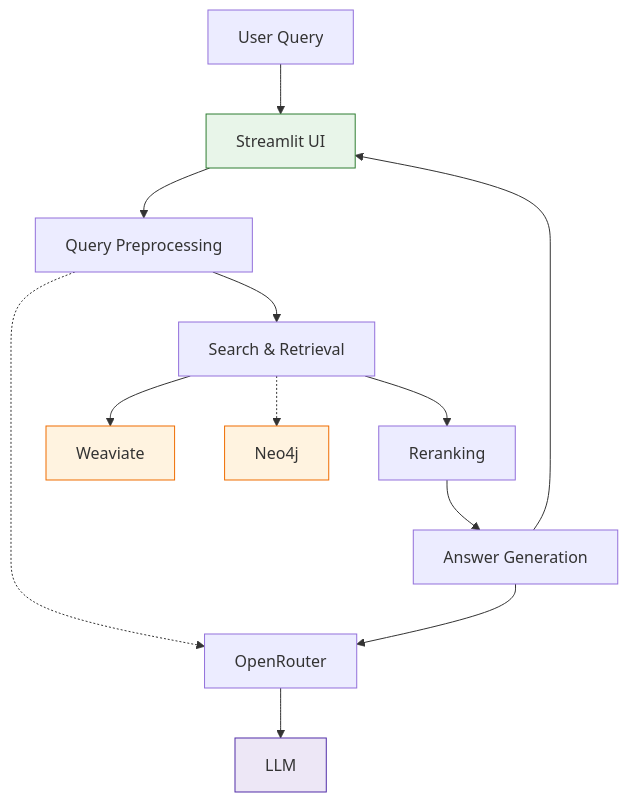
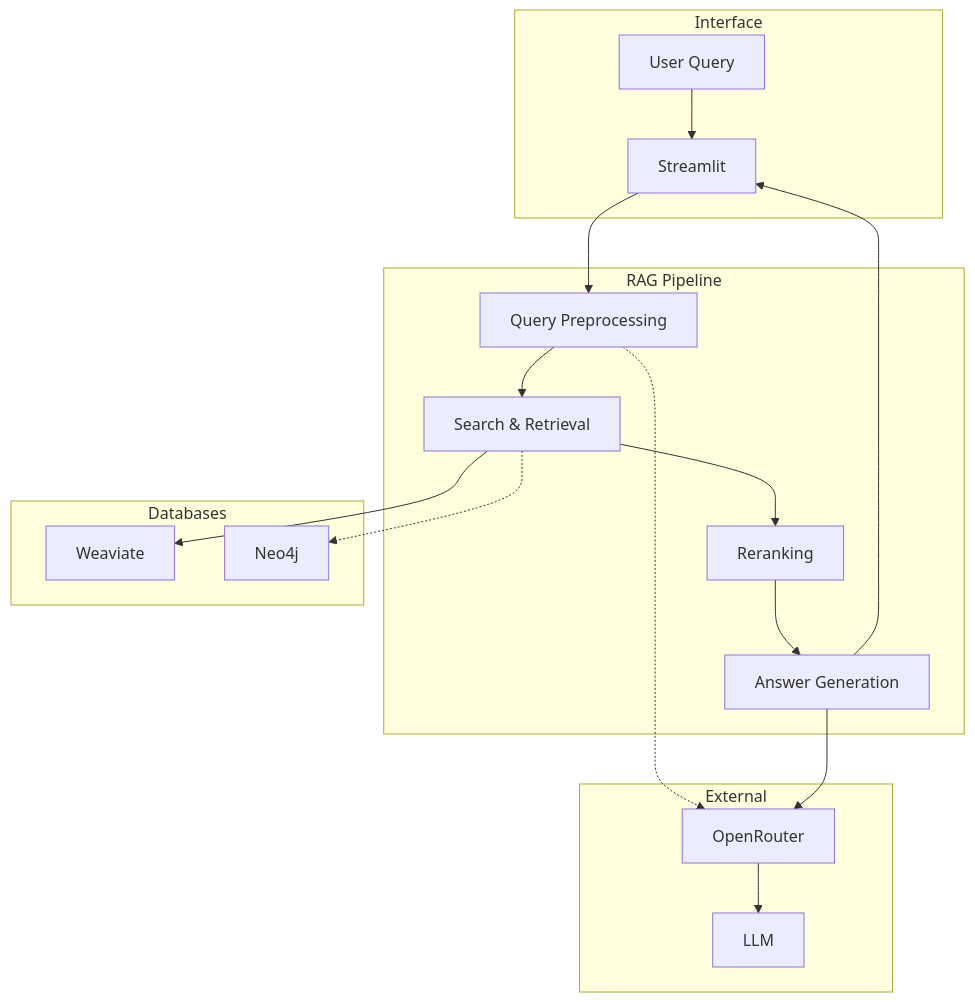
The first of 6 diagrams in README.md (crlsrmrlsz/rag1-mini), drawn with Mermaid before and after one commit.

Commit message:
docs(readme): add subgraphs back for component grouping (simplified for Excalidraw)

````diff
--- a/README.md
+++ b/README.md
@@ -15,32 +15,38 @@
 ```mermaid
 flowchart TB
-    U["User Query"]
-    ST["Streamlit UI"]
-    PRE["Query Preprocessing"]
-    SEARCH["Search & Retrieval"]
-    RERANK["Reranking"]
-    GEN["Answer Generation"]
-    OR["OpenRouter"]
-    LLM["LLM"]
-    WV["Weaviate"]
-    N4J["Neo4j"]
+    subgraph UI["Interface"]
+        U["User Query"]
+        ST["Streamlit"]
+    end
+
+    subgraph CORE["RAG Pipeline"]
+        PRE["Query Preprocessing"]
+        SEARCH["Search & Retrieval"]
+        RERANK["Reranking"]
+        GEN["Answer Generation"]
+    end
+
+    subgraph EXT["External"]
+        OR["OpenRouter"]
+        LLM["LLM"]
+    end
+
+    subgraph DBS["Databases"]
+        WV["Weaviate"]
+        N4J["Neo4j"]
+    end
 
     U --> ST
     ST --> PRE
     PRE --> SEARCH
     SEARCH --> RERANK
     RERANK --> GEN
     GEN --> ST
 
     PRE -.-> OR
     GEN --> OR
     OR --> LLM
 
     SEARCH --> WV
     SEARCH -.-> N4J
-
-    style ST fill:#e8f5e9,stroke:#2e7d32
-    style WV fill:#fff3e0,stroke:#ef6c00
-    style N4J fill:#fff3e0,stroke:#ef6c00
-    style LLM fill:#ede7f6,stroke:#512da8
 ```
````
